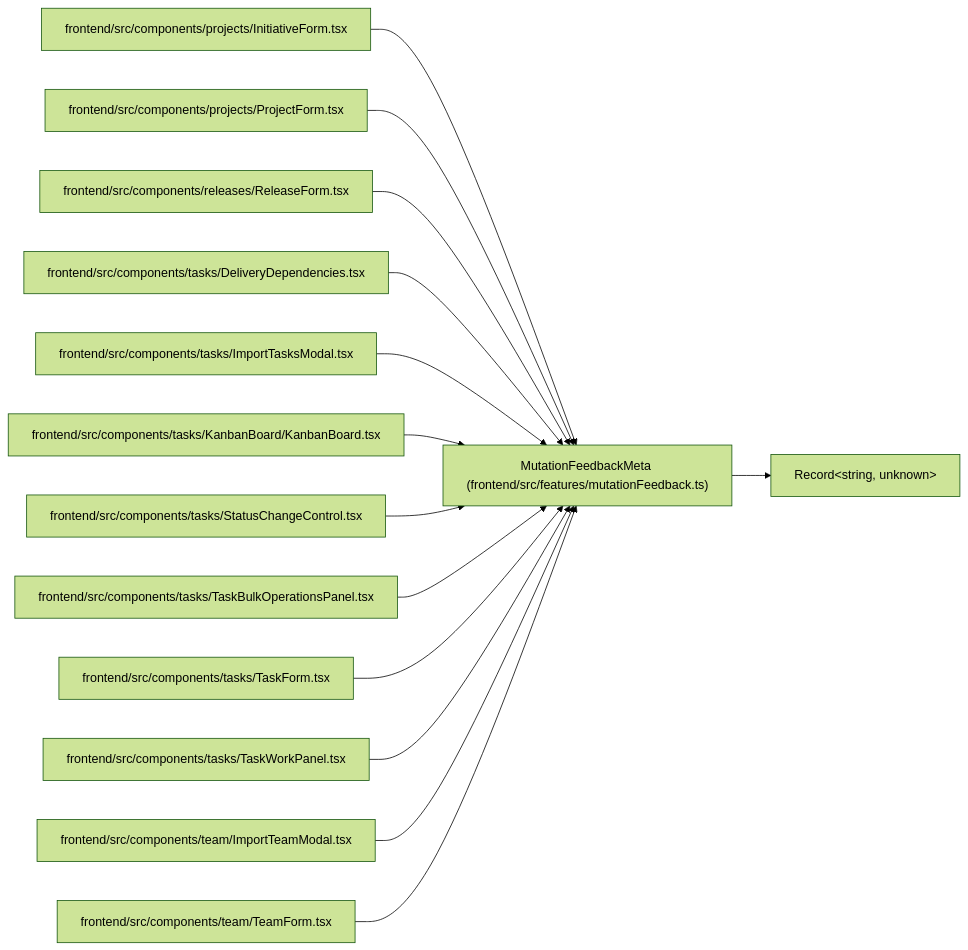
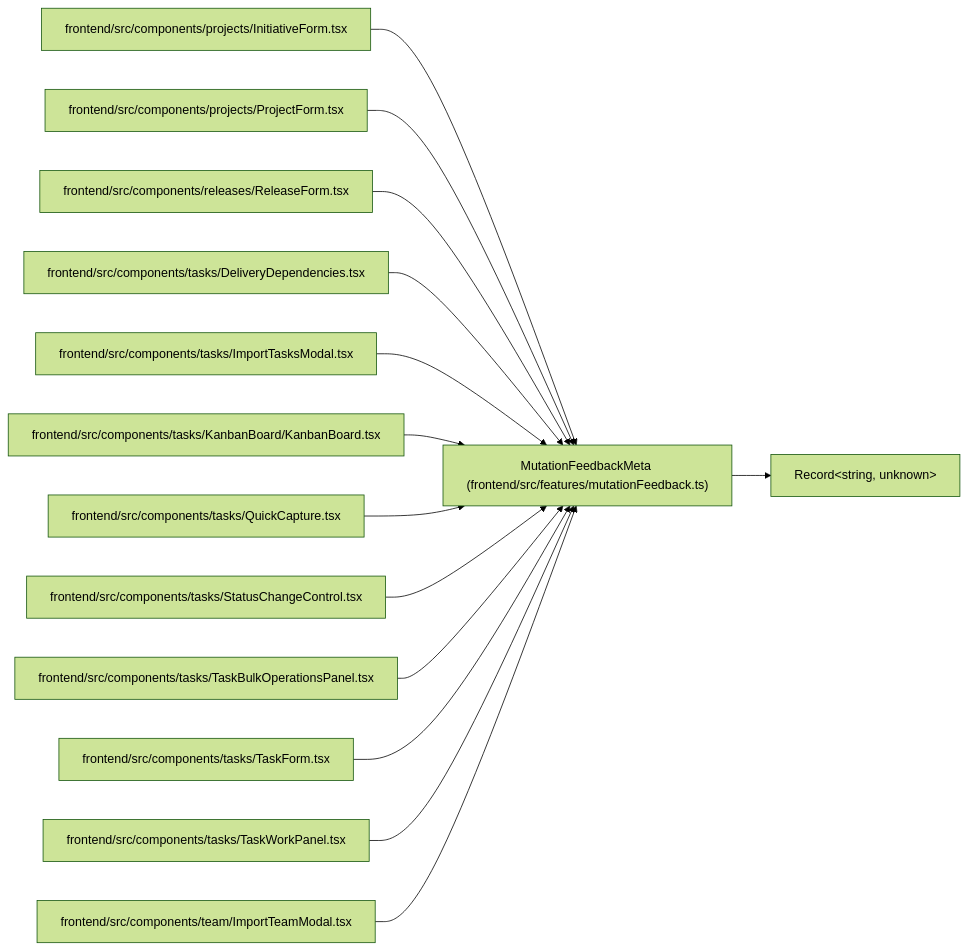
The diagram in docs/llm_wiki/entities/MutationFeedbackMeta.md (Denissvgn/WorkChord), drawn with Mermaid (forest theme) before and after one commit. The commit also changed other lines of this file and 386 other files, not shown here.

Commit message:
docs(wiki): refresh for quick capture

````diff
--- a/docs/llm_wiki/entities/MutationFeedbackMeta.md
+++ b/docs/llm_wiki/entities/MutationFeedbackMeta.md
@@ -28,43 +28,43 @@
 ```mermaid
 flowchart LR
     n0["MutationFeedbackMeta (frontend/src/features/mutationFeedback.ts)"]
     n1["Record#60;string, unknown#62;"]
     n2["frontend/src/components/projects/InitiativeForm.tsx"]
     n3["frontend/src/components/projects/ProjectForm.tsx"]
     n4["frontend/src/components/releases/ReleaseForm.tsx"]
     n5["frontend/src/components/tasks/DeliveryDependencies.tsx"]
     n6["frontend/src/components/tasks/ImportTasksModal.tsx"]
     n7["frontend/src/components/tasks/KanbanBoard/KanbanBoard.tsx"]
-    n8["frontend/src/components/tasks/StatusChangeControl.tsx"]
-    n9["frontend/src/components/tasks/TaskBulkOperationsPanel.tsx"]
-    n10["frontend/src/components/tasks/TaskForm.tsx"]
-    n11["frontend/src/components/tasks/TaskWorkPanel.tsx"]
-    n12["frontend/src/components/team/ImportTeamModal.tsx"]
-    n13["frontend/src/components/team/TeamForm.tsx"]
+    n8["frontend/src/components/tasks/QuickCapture.tsx"]
+    n9["frontend/src/components/tasks/StatusChangeControl.tsx"]
+    n10["frontend/src/components/tasks/TaskBulkOperationsPanel.tsx"]
+    n11["frontend/src/components/tasks/TaskForm.tsx"]
+    n12["frontend/src/components/tasks/TaskWorkPanel.tsx"]
+    n13["frontend/src/components/team/ImportTeamModal.tsx"]
     n0 --> n1
     n2 --> n0
     n3 --> n0
     n4 --> n0
     n5 --> n0
     n6 --> n0
     n7 --> n0
     n8 --> n0
     n9 --> n0
     n10 --> n0
     n11 --> n0
     n12 --> n0
     n13 --> n0
     click n0 "../modules/mutationFeedback.md"
     click n2 "../modules/InitiativeForm.md"
     click n3 "../modules/ProjectForm.md"
     click n4 "../modules/ReleaseForm.md"
     click n5 "../modules/DeliveryDependencies.md"
     click n6 "../modules/ImportTasksModal.md"
     click n7 "../modules/KanbanBoard.md"
-    click n8 "../modules/StatusChangeControl.md"
-    click n9 "../modules/TaskBulkOperationsPanel.md"
-    click n10 "../modules/TaskForm.md"
-    click n11 "../modules/TaskWorkPanel.md"
-    click n12 "../modules/ImportTeamModal.md"
-    click n13 "../modules/TeamForm.md"
+    click n8 "../modules/QuickCapture.md"
+    click n9 "../modules/StatusChangeControl.md"
+    click n10 "../modules/TaskBulkOperationsPanel.md"
+    click n11 "../modules/TaskForm.md"
+    click n12 "../modules/TaskWorkPanel.md"
+    click n13 "../modules/ImportTeamModal.md"
 ```
````
